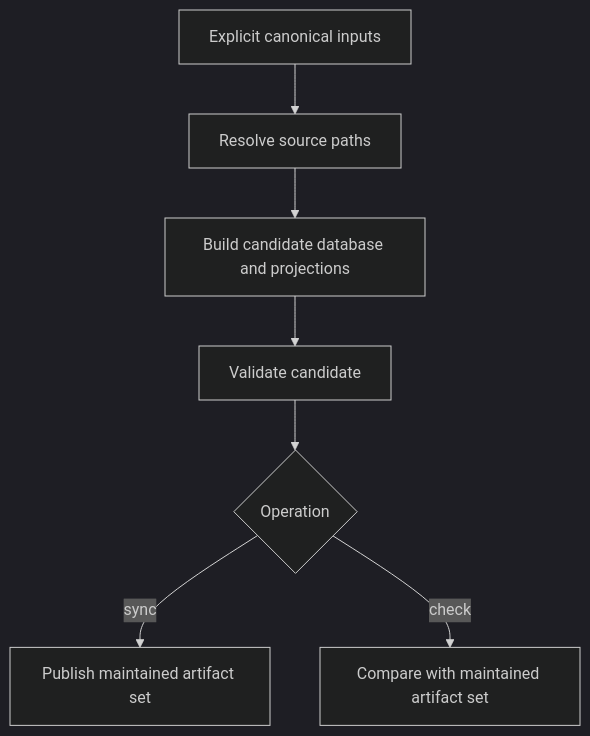
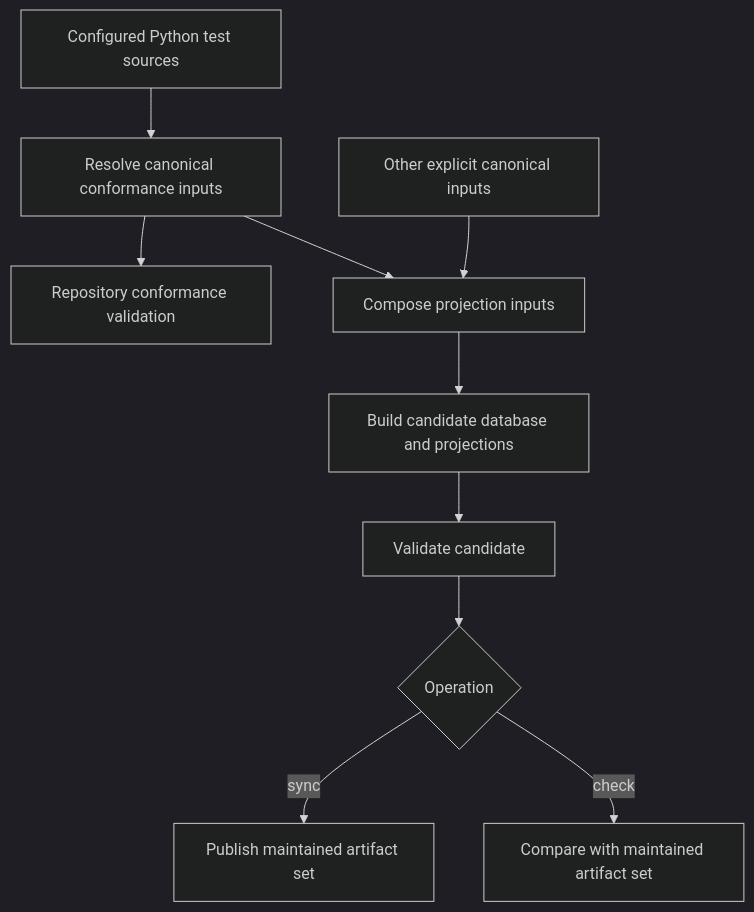
One commit to eragasa/ksdft2effmass changed the diagram in docs/architecture/v1/ksdft2effmass/harness/pi/local/control/index.md. Above: the diagram before and after it, drawn with Mermaid (dark theme). The commit also changed other lines of this file and 17 other files, not shown here.

Commit message:
decouple Python conformance inputs from projections

````diff
--- a/docs/architecture/v1/ksdft2effmass/harness/pi/local/control/index.md
+++ b/docs/architecture/v1/ksdft2effmass/harness/pi/local/control/index.md
@@ -7,9 +7,12 @@
 ```mermaid
 flowchart TB
-    inputs["Explicit canonical inputs"] --> resolve["Resolve source paths"]
+    python["Configured Python test sources"] --> conformance["Resolve canonical conformance inputs"]
+    conformance --> repository_validation["Repository conformance validation"]
+    conformance --> resolve["Compose projection inputs"]
+    inputs["Other explicit canonical inputs"] --> resolve
     resolve --> build["Build candidate database and projections"]
     build --> validate["Validate candidate"]
     validate --> mode{"Operation"}
     mode -->|sync| publish["Publish maintained artifact set"]
     mode -->|check| compare["Compare with maintained artifact set"]
 ```
````
